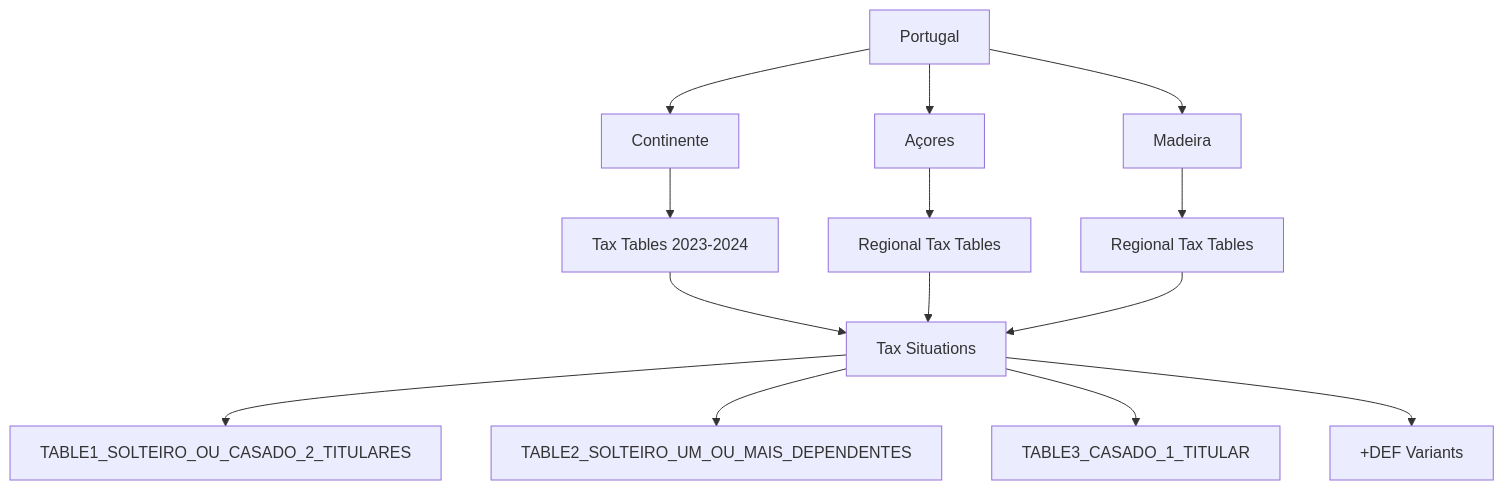
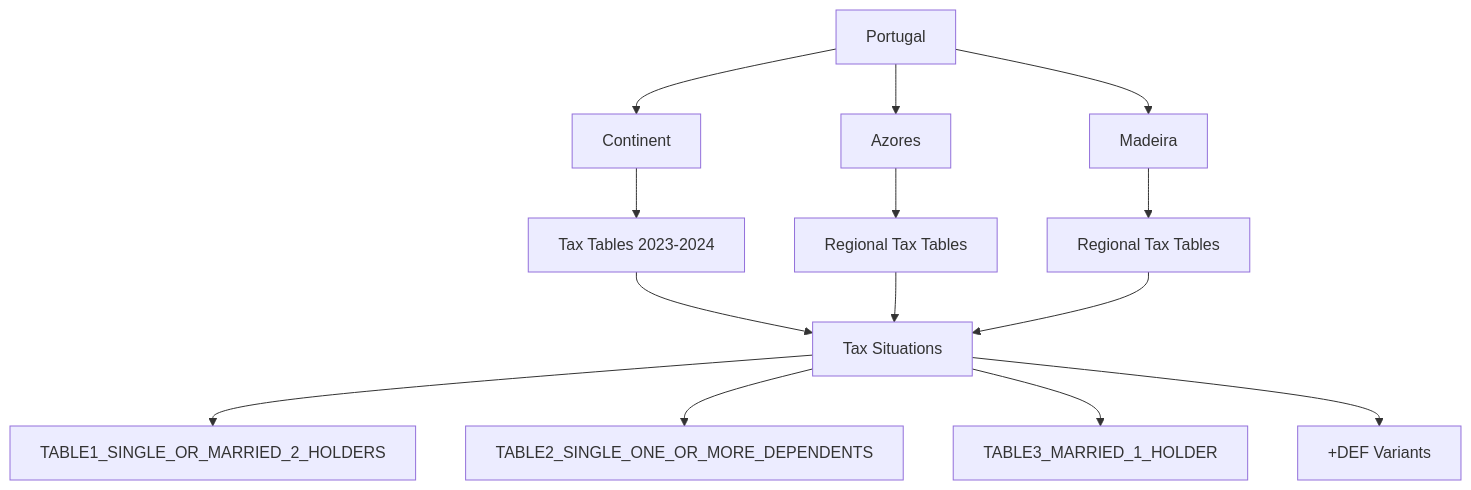
Before and after one commit to franciscobmacedo/saldo: the sixth of 6 diagrams in docs/src/content/mermaid.mdx, drawn with Mermaid. The commit also changed other lines of this file and 55 other files, not shown here.

Commit message:
Update location terminology in documentation and code from 'continente' and 'acores' to 'continent' and 'azores' for consistency across the project. This change enhances clarity and aligns with the updated naming conventions in tax calculations and scenarios.

````diff
--- a/docs/src/content/mermaid.mdx
+++ b/docs/src/content/mermaid.mdx
@@ -181,19 +181,19 @@
 ```mermaid
 graph TD
-    Portugal[Portugal] --> Continente[Continente]
-    Portugal --> Acores[Açores]
+    Portugal[Portugal] --> Continent[Continent]
+    Portugal --> Acores[Azores]
     Portugal --> Madeira[Madeira]
     
-    Continente --> ContTables[Tax Tables 2023-2024]
+    Continent --> ContTables[Tax Tables 2023-2024]
     Acores --> AcoresTables[Regional Tax Tables]
     Madeira --> MadeiraTables[Regional Tax Tables]
     
     ContTables --> Situations[Tax Situations]
     AcoresTables --> Situations
     MadeiraTables --> Situations
     
-    Situations --> TABLE1_Table[TABLE1_SOLTEIRO_OU_CASADO_2_TITULARES]
-    Situations --> TABLE2_Table[TABLE2_SOLTEIRO_UM_OU_MAIS_DEPENDENTES]
-    Situations --> TABLE3_Table[TABLE3_CASADO_1_TITULAR]
+    Situations --> TABLE1_Table[TABLE1_SINGLE_OR_MARRIED_2_HOLDERS]
+    Situations --> TABLE2_Table[TABLE2_SINGLE_ONE_OR_MORE_DEPENDENTS]
+    Situations --> TABLE3_Table[TABLE3_MARRIED_1_HOLDER]
     Situations --> Disability_Tables[+DEF Variants]
 ```
````
